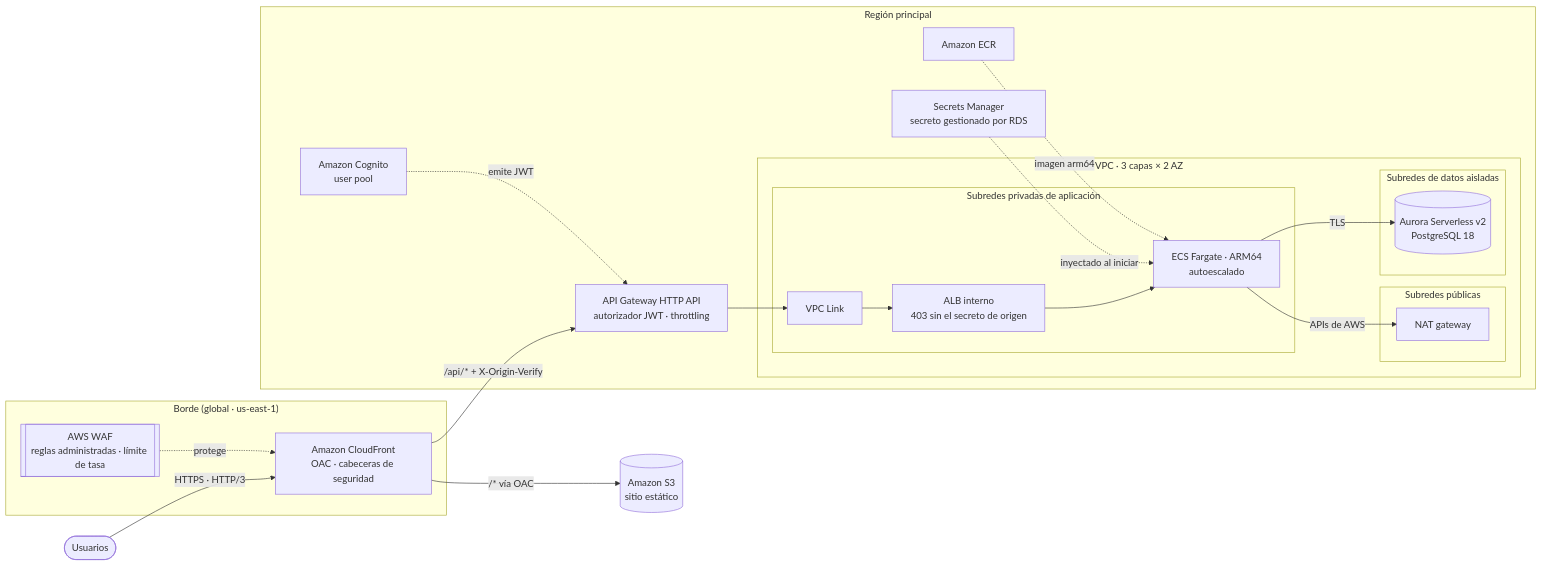
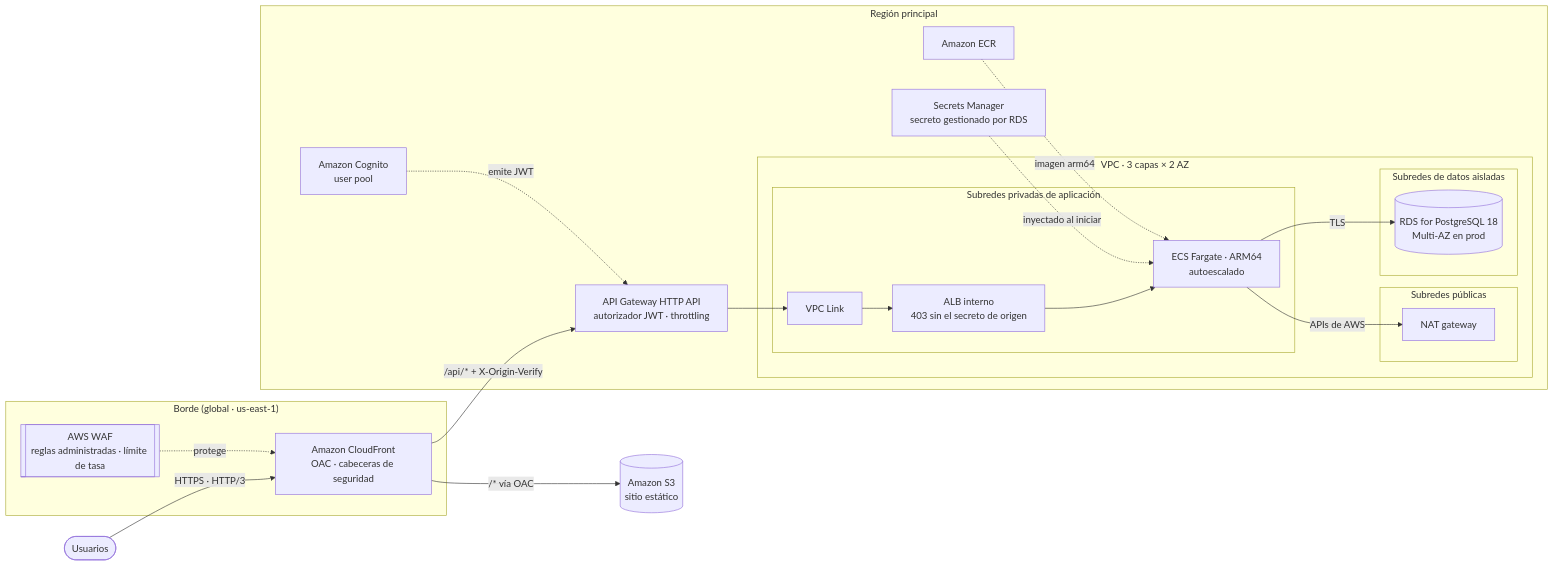
One commit to vfernandezg-dev/aws-reservations-platform changed the first of 3 diagrams in README.es.md. Above: the diagram before and after it, drawn with Mermaid. The commit also changed other lines of this file and 48 other files, not shown here.

First line of the commit message:
feat(db): RDS for PostgreSQL 18 on Graviton; fix ALB desync mode

````diff
--- a/README.es.md
+++ b/README.es.md
@@ -46,38 +46,38 @@
 ```mermaid
 flowchart LR
   user([Usuarios]) -->|HTTPS · HTTP/3| cf
 
   subgraph edge["Borde (global · us-east-1)"]
     waf[[AWS WAF<br/>reglas administradas · límite de tasa]]
     cf[Amazon CloudFront<br/>OAC · cabeceras de seguridad]
     waf -. protege .-> cf
   end
 
   cf -->|"/* vía OAC"| s3[(Amazon S3<br/>sitio estático)]
   cf -->|"/api/* + X-Origin-Verify"| apigw
 
   subgraph region["Región principal"]
     cognito[Amazon Cognito<br/>user pool]
     apigw[API Gateway HTTP API<br/>autorizador JWT · throttling]
     cognito -. emite JWT .-> apigw
 
     subgraph vpc["VPC · 3 capas × 2 AZ"]
       subgraph pub["Subredes públicas"]
         nat[NAT gateway]
       end
       subgraph app["Subredes privadas de aplicación"]
         link[VPC Link]
         alb[ALB interno<br/>403 sin el secreto de origen]
         ecs[ECS Fargate · ARM64<br/>autoescalado]
       end
       subgraph data["Subredes de datos aisladas"]
-        aurora[(Aurora Serverless v2<br/>PostgreSQL 18)]
+        db[(RDS for PostgreSQL 18<br/>Multi-AZ en prod)]
       end
     end
 
-    apigw --> link --> alb --> ecs -->|TLS| aurora
+    apigw --> link --> alb --> ecs -->|TLS| db
     ecs -->|APIs de AWS| nat
     sm[Secrets Manager<br/>secreto gestionado por RDS] -. inyectado al iniciar .-> ecs
     ecr[Amazon ECR] -. imagen arm64 .-> ecs
   end
 ```
````
